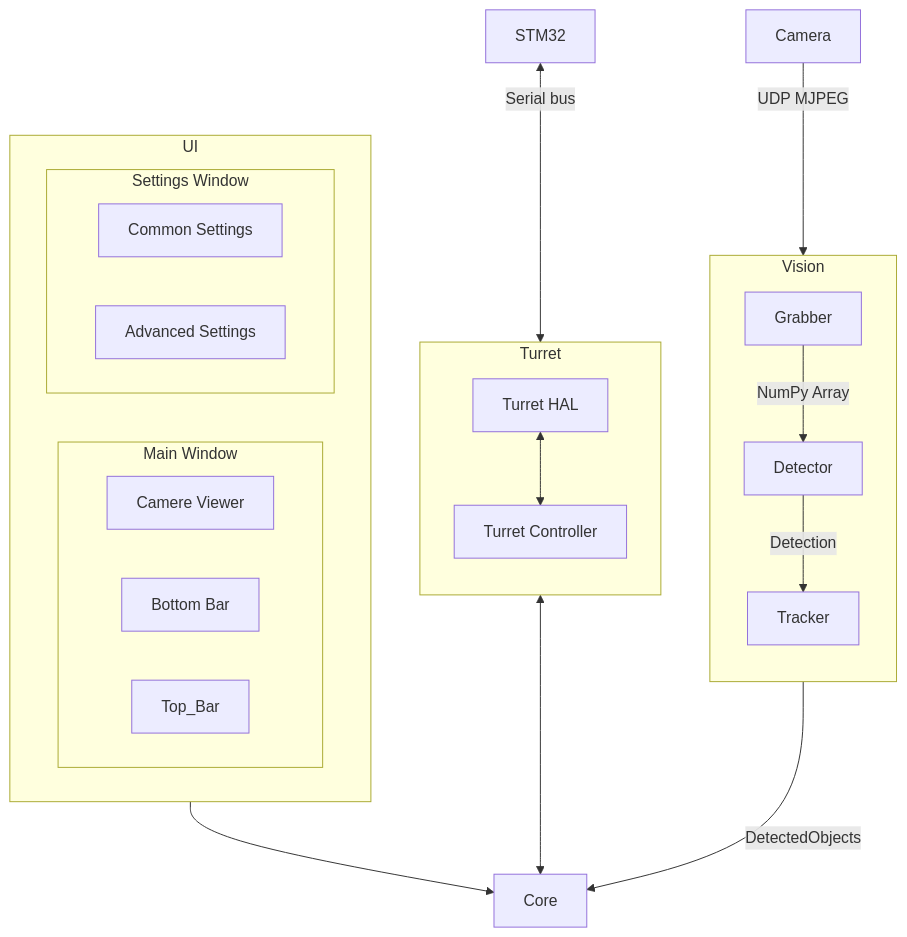
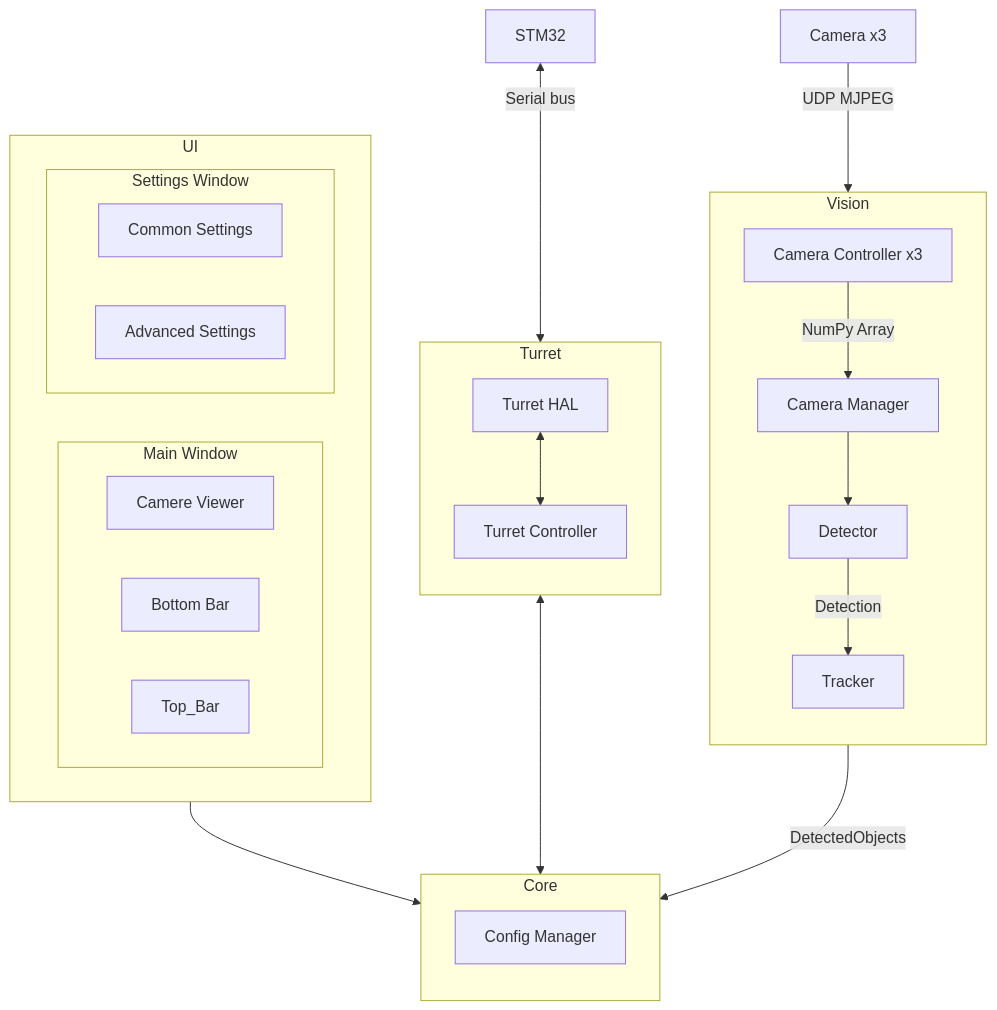
The diagram in docs/dev/architecture/overview.md (BelkaT4/navmin), drawn with Mermaid before and after one commit. The commit also changed other lines of this file, not shown here.

Commit message:
docs: correction diagramm and overview/vision

````diff
--- a/docs/dev/architecture/overview.md
+++ b/docs/dev/architecture/overview.md
@@ -13,48 +13,53 @@
 ```mermaid
 flowchart TB
 
-core[Core]
+subgraph core[Core]
+    direction TB
+    core_config_manager[Config Manager]
+end
 
 subgraph vision[Vision]
     direction TB
-    vision_grabber[Grabber]
+    vision_controllers[Camera Controller x3]
+    vision_camera_manager[Camera Manager]
     vision_detector[Detector]
     vision_tracker[Tracker]
 end
-camera[Camera]
+cameras[Camera x3]
 
 subgraph turret[Turret]
     direction TB
     turret_hal[Turret HAL]
     turret_controller[Turret Controller]
 end
 stm32[STM32]
 
 subgraph ui[UI]
     direction LR
     subgraph ui_main[Main Window]
         direction LR
         ui_camera_viewer[Camere Viewer]
         ui_bottom_bar[Bottom Bar]
         ui_top_bar[Top_Bar]
     end
     subgraph ui_settings[Settings Window]
         direction LR
         ui_common_settings[Common Settings]
         ui_advanced_settings[Advanced Settings]
     end
 end
 
-camera -->|UDP MJPEG| vision_grabber
-vision_grabber --> |NumPy Array| vision_detector
+cameras -->|UDP MJPEG| vision_controllers
+vision_controllers --> |NumPy Array| vision_camera_manager
+vision_camera_manager --> vision_detector
 vision_detector --> |Detection| vision_tracker
 vision_tracker --> |DetectedObjects| core
 
 
 stm32 <-->|Serial bus| turret_hal
 turret_hal <--> turret_controller
 turret_controller <--> core
 
 ui --> core
 
 ```
````
